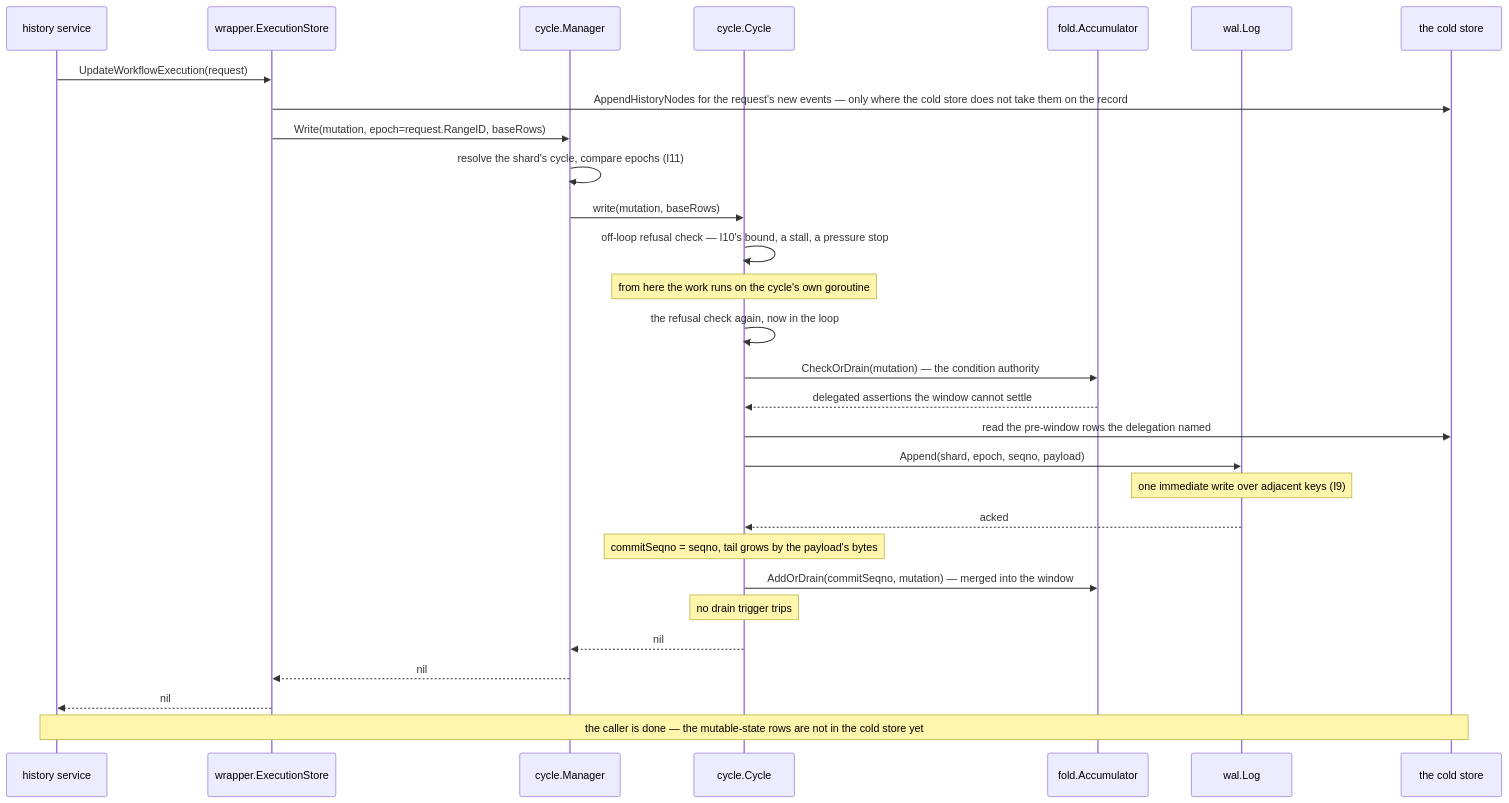
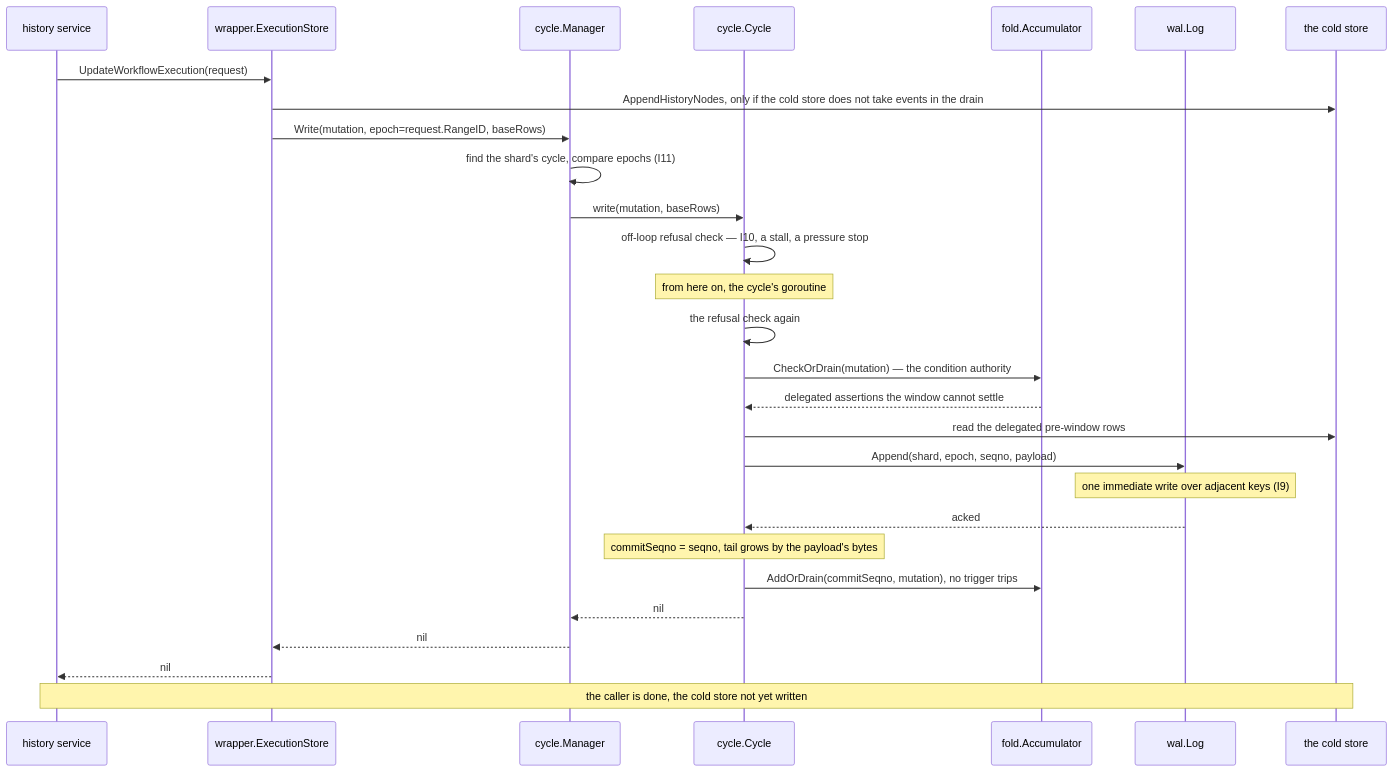
The first of 8 diagrams in docs/handbook/05-write-path.md (aromanovich/waltz), drawn with Mermaid before and after one commit. The commit also changed other lines of this file and 15 other files, not shown here.

````diff
--- a/docs/handbook/05-write-path.md
+++ b/docs/handbook/05-write-path.md
@@ -69,32 +54,31 @@
 ```mermaid
 sequenceDiagram
   participant HS as history service
   participant ES as wrapper.ExecutionStore
   participant MG as cycle.Manager
   participant CY as cycle.Cycle
   participant ACC as fold.Accumulator
   participant LOG as wal.Log
   participant CS as the cold store
 
   HS->>ES: UpdateWorkflowExecution(request)
-  ES->>CS: AppendHistoryNodes for the request's new events — only where the cold store does not take them on the record
+  ES->>CS: AppendHistoryNodes, only if the cold store does not take events in the drain
   ES->>MG: Write(mutation, epoch=request.RangeID, baseRows)
-  MG->>MG: resolve the shard's cycle, compare epochs (I11)
+  MG->>MG: find the shard's cycle, compare epochs (I11)
   MG->>CY: write(mutation, baseRows)
-  CY->>CY: off-loop refusal check — I10's bound, a stall, a pressure stop
-  Note over CY: from here the work runs on the cycle's own goroutine
-  CY->>CY: the refusal check again, now in the loop
+  CY->>CY: off-loop refusal check — I10, a stall, a pressure stop
+  Note over CY: from here on, the cycle's goroutine
+  CY->>CY: the refusal check again
   CY->>ACC: CheckOrDrain(mutation) — the condition authority
   ACC-->>CY: delegated assertions the window cannot settle
-  CY->>CS: read the pre-window rows the delegation named
+  CY->>CS: read the delegated pre-window rows
   CY->>LOG: Append(shard, epoch, seqno, payload)
   Note over LOG: one immediate write over adjacent keys (I9)
   LOG-->>CY: acked
   Note over CY: commitSeqno = seqno, tail grows by the payload's bytes
-  CY->>ACC: AddOrDrain(commitSeqno, mutation) — merged into the window
-  Note over CY: no drain trigger trips
+  CY->>ACC: AddOrDrain(commitSeqno, mutation), no trigger trips
   CY-->>MG: nil
   MG-->>ES: nil
   ES-->>HS: nil
-  Note over HS,CS: the caller is done — the mutable-state rows are not in the cold store yet
+  Note over HS,CS: the caller is done, the cold store not yet written
 ```
````
